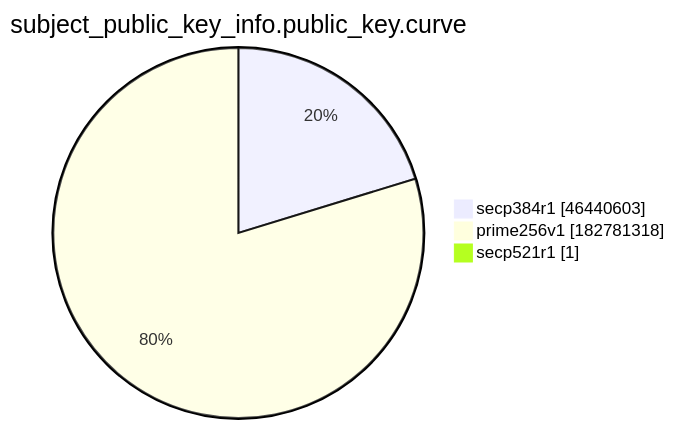
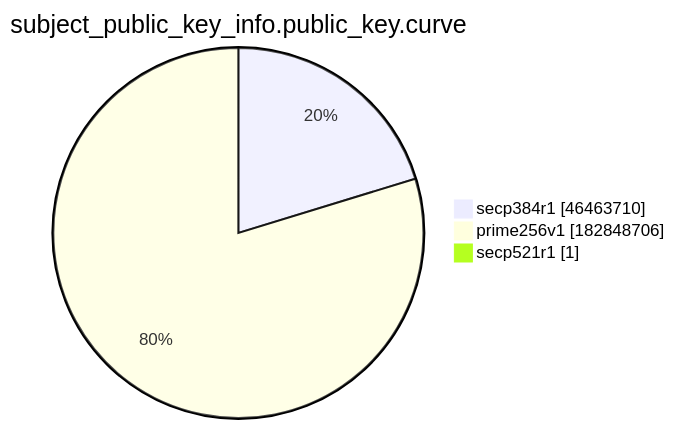
The ninth of 15 diagrams in xenon2022/README.md (christiankrug/ctmonitor_visualization), drawn with Mermaid before and after one commit. The commit also changed other lines of this file, not shown here.

````diff
--- a/xenon2022/README.md
+++ b/xenon2022/README.md
@@ -2874,7 +2874,7 @@
 ```mermaid
 pie showData
 title subject_public_key_info.public_key.curve
-"secp384r1" :46440603
-"prime256v1" :182781318
+"secp384r1" :46463710
+"prime256v1" :182848706
 "secp521r1" :1
 ```
````
